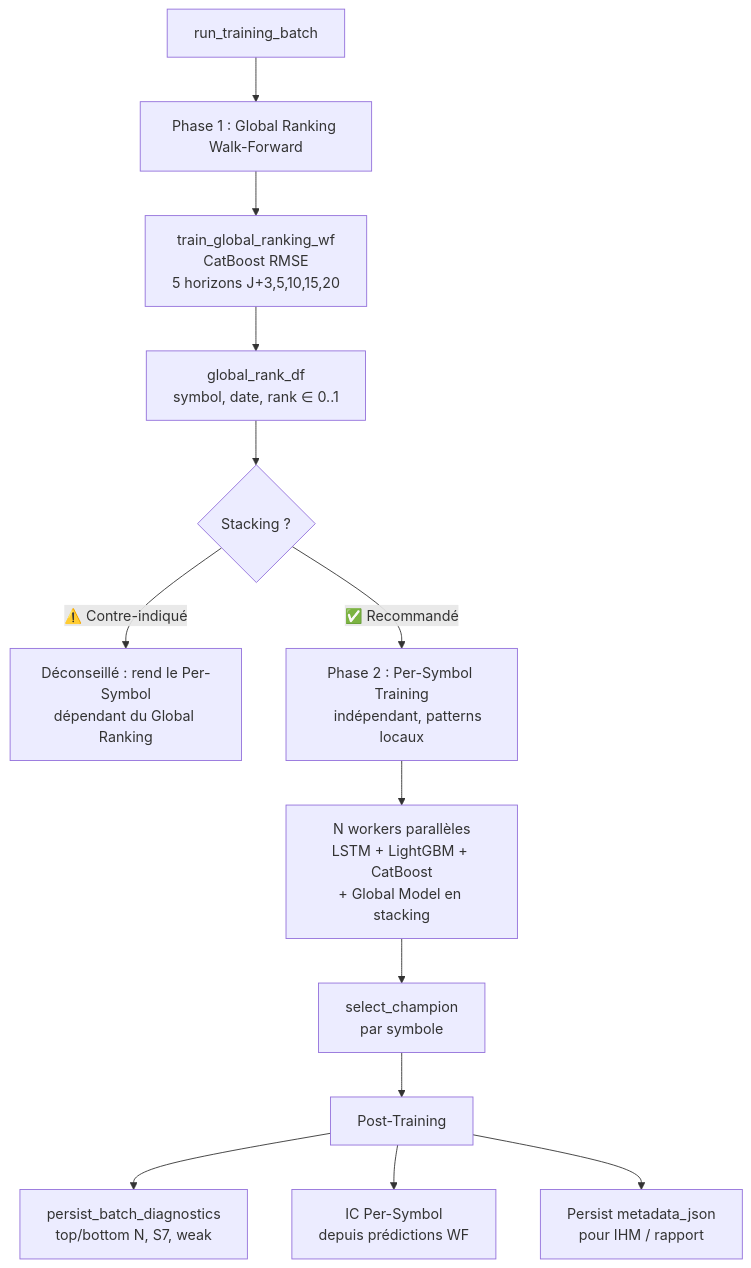
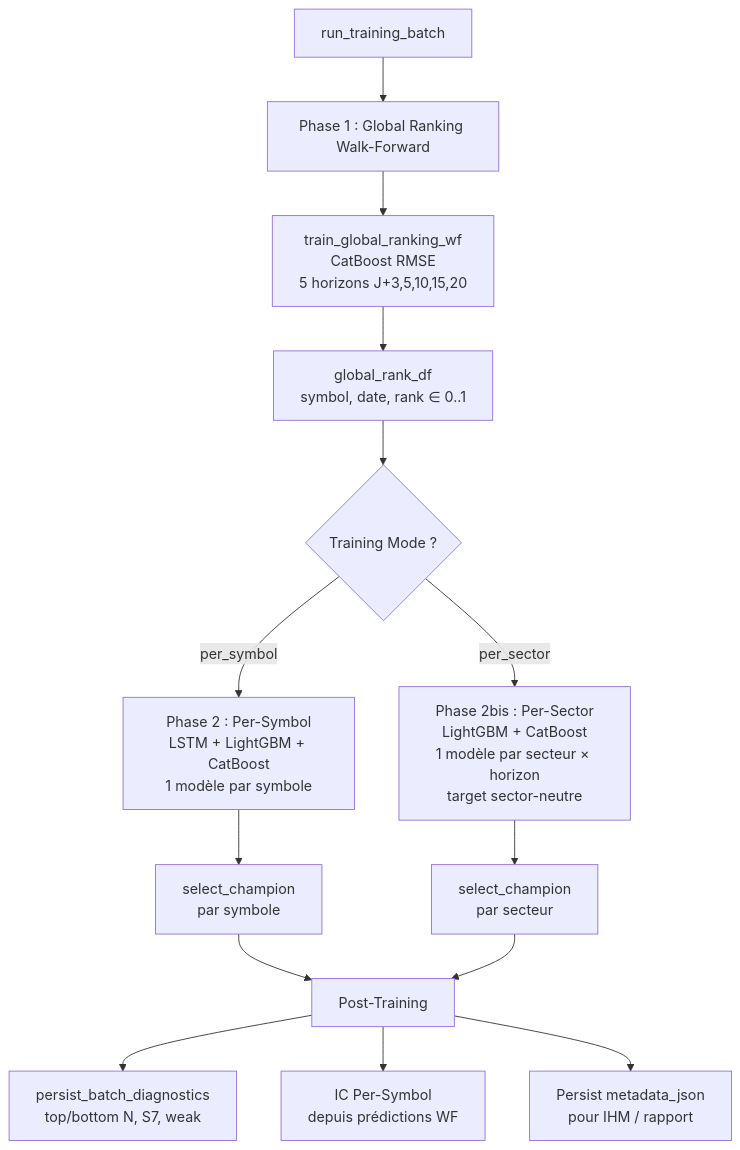
The diagram in doc/module_model_factory.md (mli2000fr/alpha_trade), drawn with Mermaid before and after one commit. The commit also changed other lines of this file and 17 other files, not shown here.

````diff
--- a/doc/module_model_factory.md
+++ b/doc/module_model_factory.md
@@ -49,19 +68,19 @@
 ```mermaid
 flowchart TD
     A[run_training_batch] --> B[Phase 1 : Global Ranking Walk-Forward]
     B --> B1[train_global_ranking_wf<br/>CatBoost RMSE<br/>5 horizons J+3,5,10,15,20]
     B1 --> B2[global_rank_df<br/>symbol, date, rank ∈ 0..1]
     
-    B2 --> C{Stacking ?}
-    C -->|⚠️ Contre-indiqué| D[Déconseillé : rend le Per-Symbol<br/>dépendant du Global Ranking]
-    C -->|✅ Recommandé| E[Phase 2 : Per-Symbol Training
-    indépendant, patterns locaux]
+    B2 --> C{Training Mode ?}
+    C -->|per_symbol| D[Phase 2 : Per-Symbol<br/>LSTM + LightGBM + CatBoost<br/>1 modèle par symbole]
+    C -->|per_sector| D2[Phase 2bis : Per-Sector<br/>LightGBM + CatBoost<br/>1 modèle par secteur × horizon<br/>target sector-neutre]
     
-    E --> E1[N workers parallèles<br/>LSTM + LightGBM + CatBoost<br/>+ Global Model en stacking]
-    E1 --> E2[select_champion<br/>par symbole]
+    D --> E2[select_champion<br/>par symbole]
+    D2 --> E3[select_champion<br/>par secteur]
     
     E2 --> F[Post-Training]
+    E3 --> F
     F --> F1[persist_batch_diagnostics<br/>top/bottom N, S7, weak]
     F --> F2[IC Per-Symbol<br/>depuis prédictions WF]
     F --> F3[Persist metadata_json<br/>pour IHM / rapport]
 ```
````
